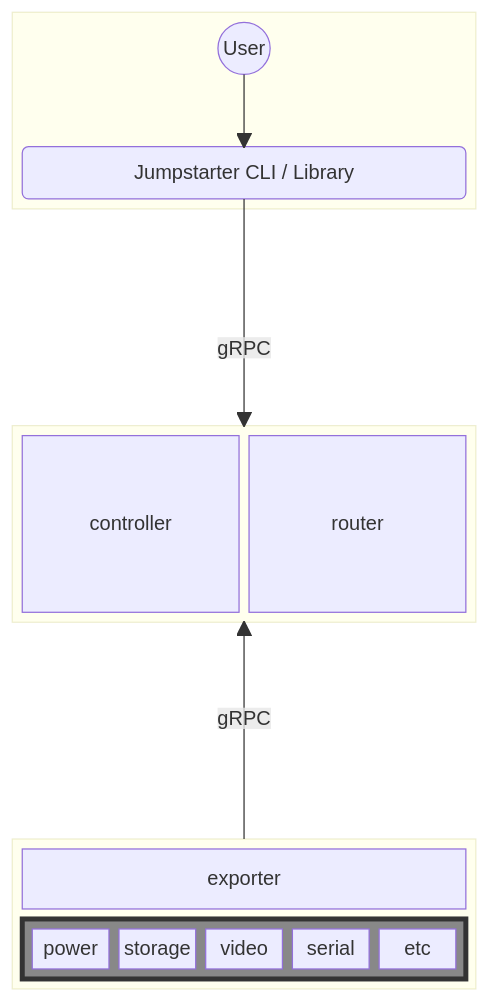
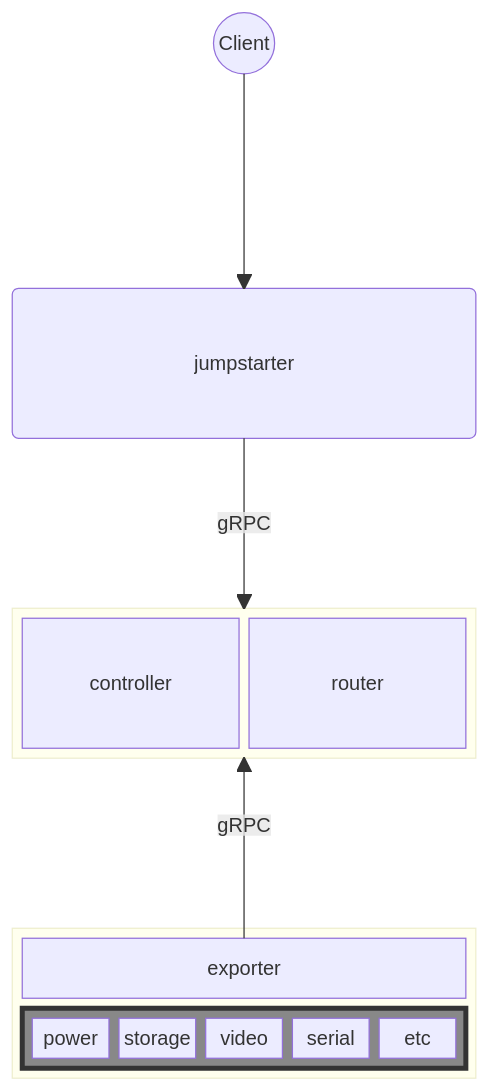
One commit to kirkbrauer/jumpstarter-python changed the third of 3 diagrams in docs/architecture.md. Above: the diagram before and after it, drawn with Mermaid. The commit also changed other lines of this file and 1 other file, not shown here.

Commit message:
Revert glossary.md and architecture.md

````diff
--- a/docs/architecture.md
+++ b/docs/architecture.md
@@ -180,34 +177,31 @@
 ```mermaid
 block-beta
   columns 1
 
-  block:tester
-    columns 1
-    user(("User"))
-    space
-    jumpstarter("Jumpstarter CLI / Library")
-  end
+  client(("Client"))
+  space
+  jumpstarter("jumpstarter")
   space
   block:service
     controller
     router
   end
   space
   block:test
     columns 1
     exporter
     block:hardware
       power
       storage
       video
       serial
       etc
     end
   end
 
-  user --> jumpstarter
+  client --> jumpstarter
+  exporter -- "gRPC" --> service
   jumpstarter -- "gRPC" --> service
-  test -- "gRPC" --> service
 
 style hardware fill:#888,stroke:#333,stroke-width:4px
 ```
````
